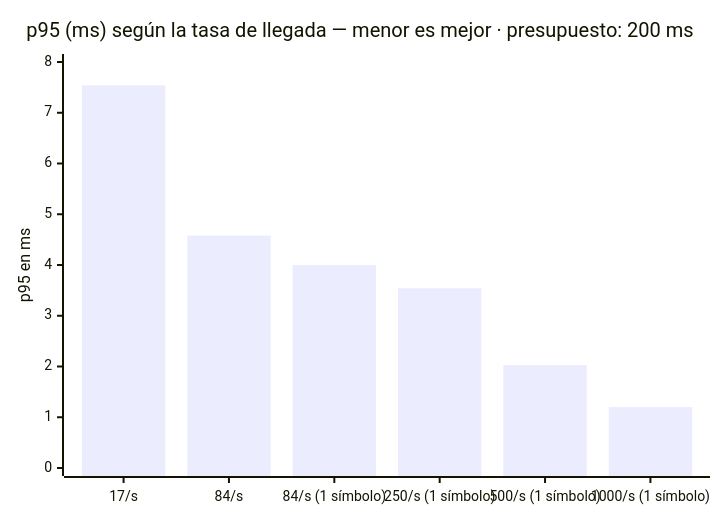
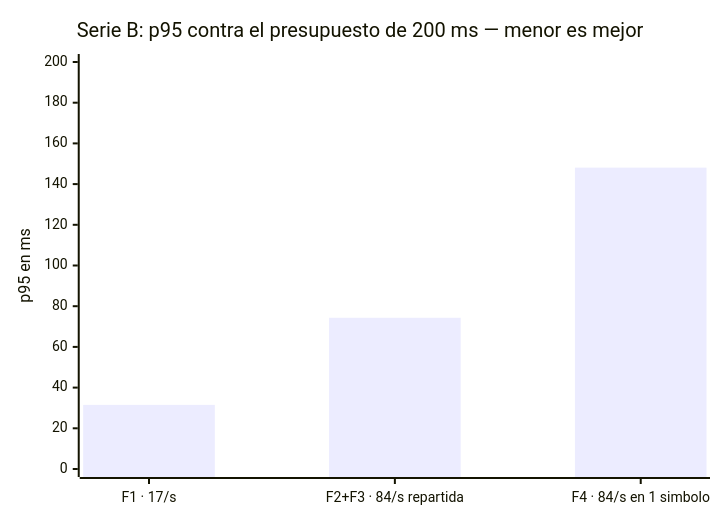
Before and after one commit to MATI-MBIT/arqsoft-reto-1: the eighth of 9 diagrams in docs/experimento-e01.md, drawn with Mermaid. The commit also changed other lines of this file and 2 other files, not shown here.

````diff
--- a/docs/experimento-e01.md
+++ b/docs/experimento-e01.md
@@ -201,7 +203,7 @@
 ```mermaid
 xychart-beta
-    title "p95 (ms) según la tasa de llegada — menor es mejor · presupuesto: 200 ms"
-    x-axis ["17/s", "84/s", "84/s (1 símbolo)", "250/s (1 símbolo)", "500/s (1 símbolo)", "1000/s (1 símbolo)"]
-    y-axis "p95 en ms" 0 --> 8
-    bar [7.54, 4.58, 4.00, 3.54, 2.03, 1.20]
+    title "Serie B: p95 contra el presupuesto de 200 ms — menor es mejor"
+    x-axis ["F1 · 17/s", "F2+F3 · 84/s repartida", "F4 · 84/s en 1 simbolo"]
+    y-axis "p95 en ms" 0 --> 200
+    bar [31.51, 74.32, 148.09]
 ```
````
